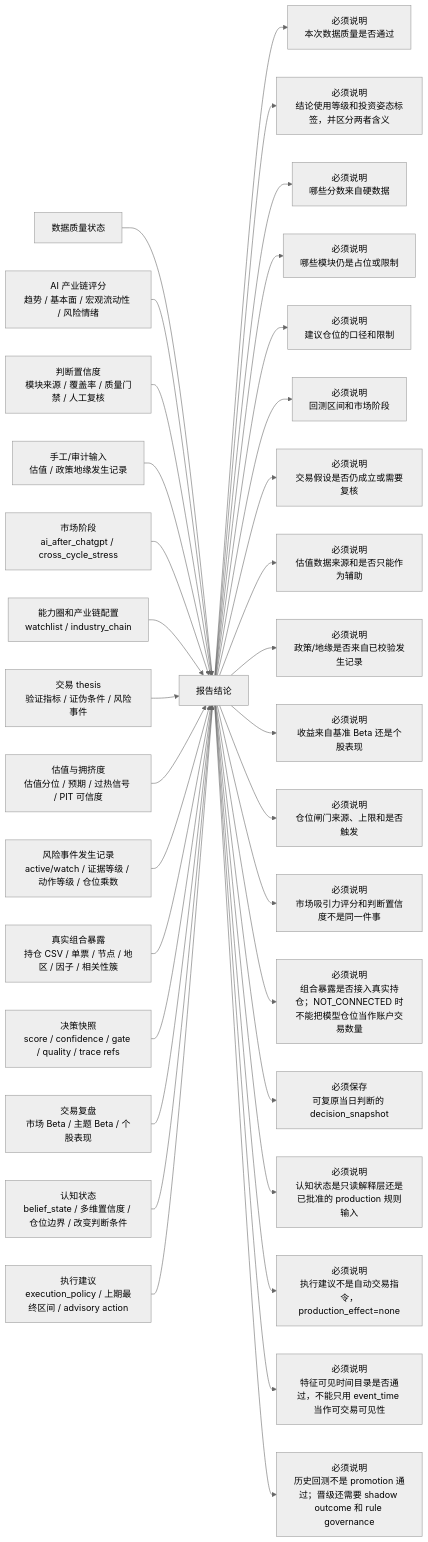
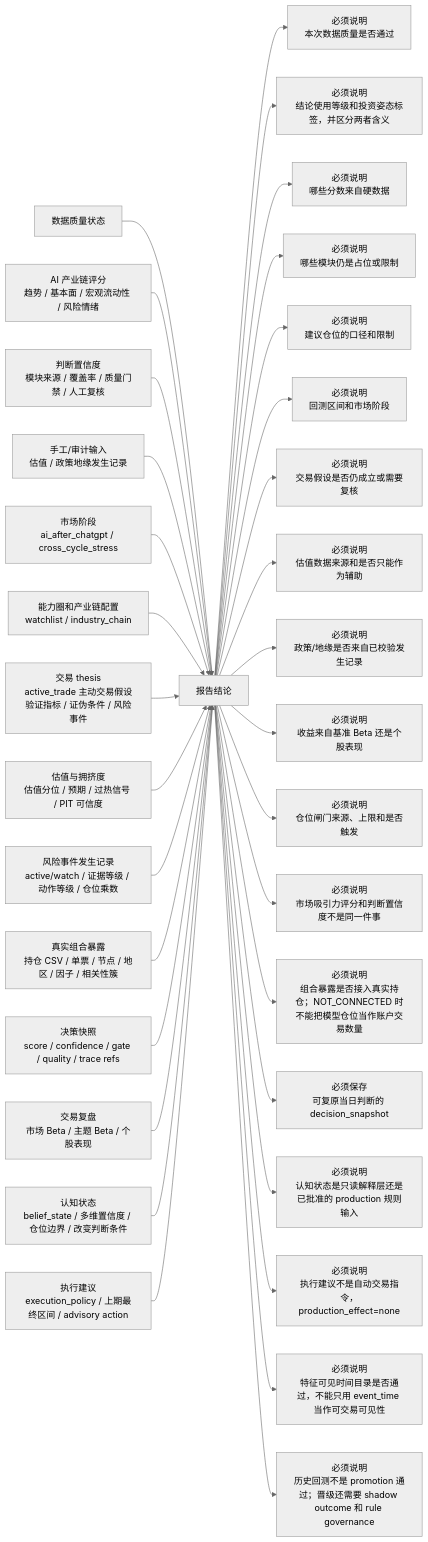
The fourth of 6 diagrams in docs/system_flow.md (AI-Trading-Collaboration/AITradingSystem), drawn with Mermaid (neutral theme) before and after one commit. The commit also changed other lines of this file and 13 other files, not shown here.

````diff
--- a/docs/system_flow.md
+++ b/docs/system_flow.md
@@ -938,36 +938,36 @@
 ```mermaid
 flowchart LR
     A["数据质量状态"] --> E["报告结论"]
     B["AI 产业链评分<br/>趋势 / 基本面 / 宏观流动性 / 风险情绪"] --> E
     C2["判断置信度<br/>模块来源 / 覆盖率 / 质量门禁 / 人工复核"] --> E
     C["手工/审计输入<br/>估值 / 政策地缘发生记录"] --> E
     D["市场阶段<br/>ai_after_chatgpt / cross_cycle_stress"] --> E
     F["能力圈和产业链配置<br/>watchlist / industry_chain"] --> E
-    L["交易 thesis<br/>验证指标 / 证伪条件 / 风险事件"] --> E
+    L["交易 thesis<br/>active_trade 主动交易假设<br/>验证指标 / 证伪条件 / 风险事件"] --> E
     N["估值与拥挤度<br/>估值分位 / 预期 / 过热信号 / PIT 可信度"] --> E
     Q["风险事件发生记录<br/>active/watch / 证据等级 / 动作等级 / 仓位乘数"] --> E
     Y["真实组合暴露<br/>持仓 CSV / 单票 / 节点 / 地区 / 因子 / 相关性簇"] --> E
     U2["决策快照<br/>score / confidence / gate / quality / trace refs"] --> E
     P["交易复盘<br/>市场 Beta / 主题 Beta / 个股表现"] --> E
     S["认知状态<br/>belief_state / 多维置信度 / 仓位边界 / 改变判断条件"] --> E
     X["执行建议<br/>execution_policy / 上期最终区间 / advisory action"] --> E
 
     E --> G["必须说明<br/>本次数据质量是否通过"]
     E --> V2["必须说明<br/>结论使用等级和投资姿态标签，并区分两者含义"]
     E --> H["必须说明<br/>哪些分数来自硬数据"]
     E --> I["必须说明<br/>哪些模块仍是占位或限制"]
     E --> J["必须说明<br/>建议仓位的口径和限制"]
     E --> K["必须说明<br/>回测区间和市场阶段"]
     E --> M["必须说明<br/>交易假设是否仍成立或需要复核"]
     E --> O["必须说明<br/>估值数据来源和是否只能作为辅助"]
     E --> Q2["必须说明<br/>政策/地缘是否来自已校验发生记录"]
     E --> P2["必须说明<br/>收益来自基准 Beta 还是个股表现"]
     E --> R2["必须说明<br/>仓位闸门来源、上限和是否触发"]
     E --> T2["必须说明<br/>市场吸引力评分和判断置信度不是同一件事"]
     E --> Y2["必须说明<br/>组合暴露是否接入真实持仓；NOT_CONNECTED 时不能把模型仓位当作账户交易数量"]
     E --> U3["必须保存<br/>可复原当日判断的 decision_snapshot"]
     E --> S2["必须说明<br/>认知状态是只读解释层还是已批准的 production 规则输入"]
     E --> X2["必须说明<br/>执行建议不是自动交易指令，production_effect=none"]
     E --> PIT2["必须说明<br/>特征可见时间目录是否通过，不能只用 event_time 当作可交易可见性"]
     E --> PROMO2["必须说明<br/>历史回测不是 promotion 通过；晋级还需要 shadow outcome 和 rule governance"]
 ```
````
